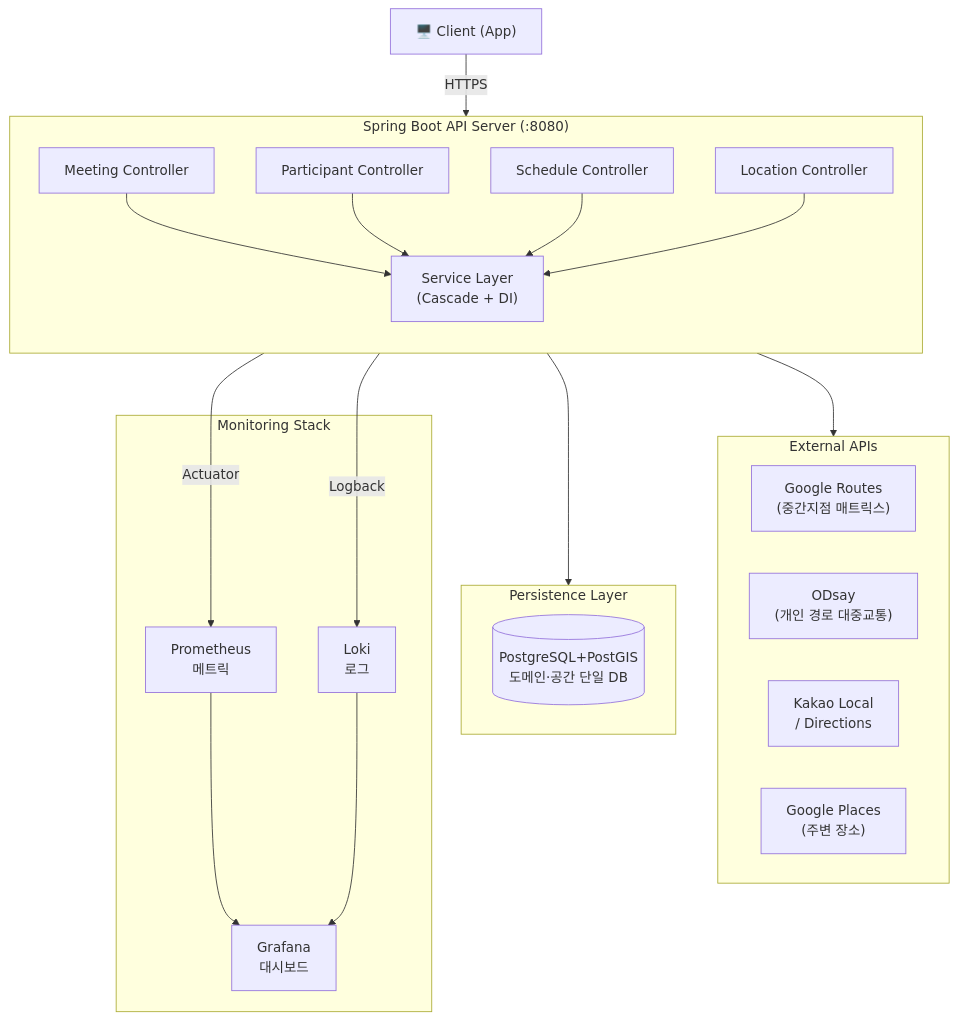
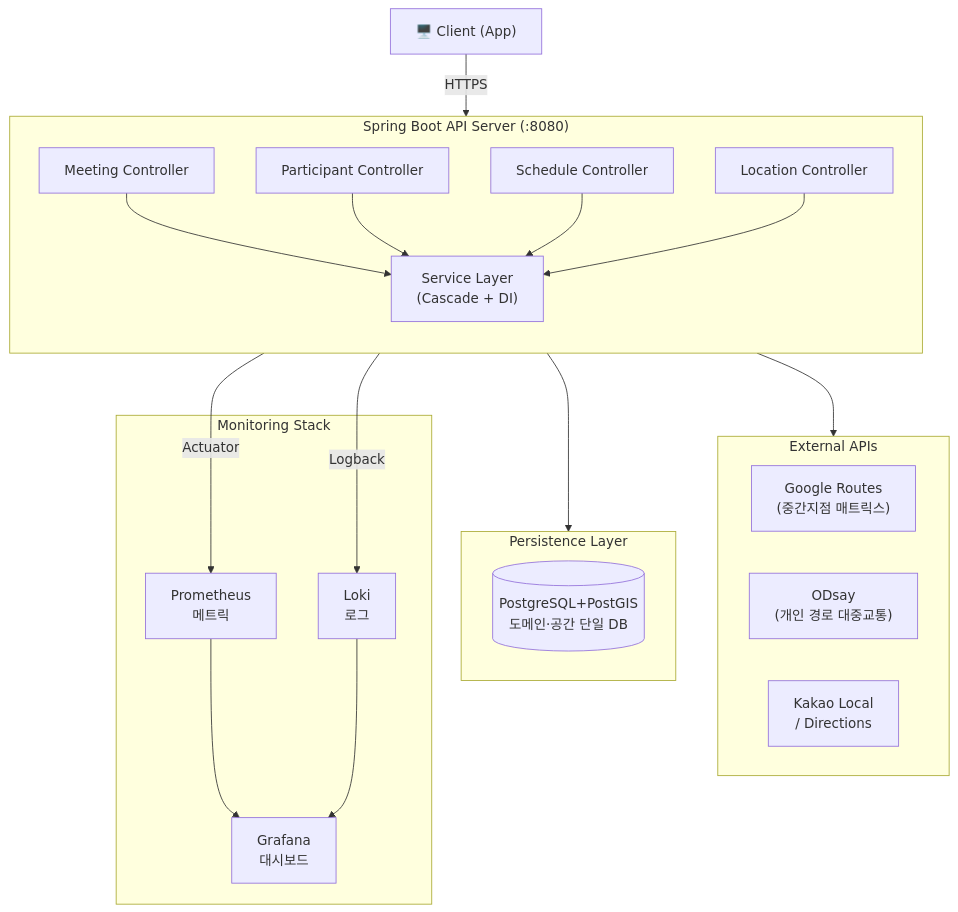
Before and after one commit to dnd-side-project/dnd-14th-8-backend: the second of 5 diagrams in README.md, drawn with Mermaid. The commit also changed other lines of this file and 19 other files, not shown here.

````diff
--- a/README.md
+++ b/README.md
@@ -106,38 +105,37 @@
 ```mermaid
 flowchart TB
     Client["🖥️ Client (App)"]
 
     subgraph API["Spring Boot API Server (:8080)"]
         direction TB
         C1["Meeting Controller"]
         C2["Participant Controller"]
         C3["Schedule Controller"]
         C4["Location Controller"]
         SVC["Service Layer\n(Cascade + DI)"]
         C1 & C2 & C3 & C4 --> SVC
     end
 
     subgraph EXT["External APIs"]
         Google["Google Routes\n(중간지점 매트릭스)"]
         Odsay["ODsay\n(개인 경로 대중교통)"]
         Kakao["Kakao Local\n/ Directions"]
-        GooglePlaces["Google Places\n(주변 장소)"]
     end
 
     subgraph DB["Persistence Layer"]
         PostGIS[("PostgreSQL+PostGIS\n도메인·공간 단일 DB")]
     end
 
     subgraph MON["Monitoring Stack"]
         Prometheus["Prometheus\n메트릭"]
         Loki["Loki\n로그"]
         Grafana["Grafana\n대시보드"]
     end
 
     Client -->|HTTPS| API
     SVC --> EXT
     SVC --> DB
     API -->|Actuator| Prometheus
     API -->|Logback| Loki
     Prometheus & Loki --> Grafana
 ```
````
